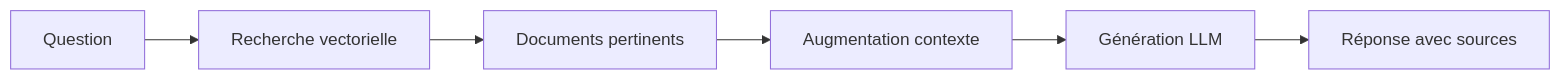
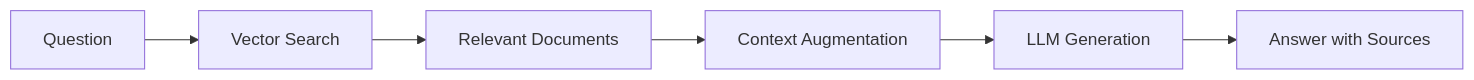
The diagram in docs/introduction.mdx (3ntrop1a/openrag), drawn with Mermaid before and after one commit. The commit also changed other lines of this file and 6 other files, not shown here.

````diff
--- a/docs/introduction.mdx
+++ b/docs/introduction.mdx
@@ -20,8 +20,8 @@
 ```mermaid
 graph LR
-    Q[Question] --> R[Recherche vectorielle]
-    R --> D[Documents pertinents]
-    D --> A[Augmentation contexte]
-    A --> G[Génération LLM]
-    G --> Answer[Réponse avec sources]
+    Q[Question] --> R[Vector Search]
+    R --> D[Relevant Documents]
+    D --> A[Context Augmentation]
+    A --> G[LLM Generation]
+    G --> Answer[Answer with Sources]
 ```
````
